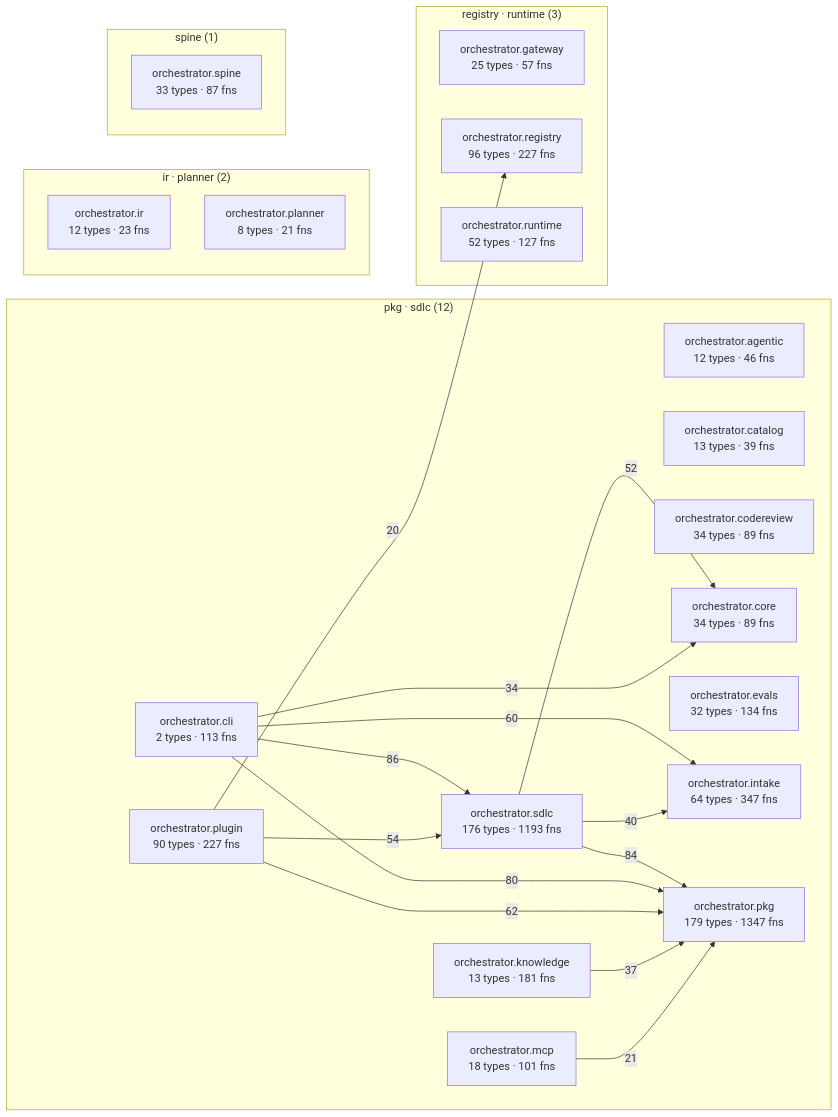
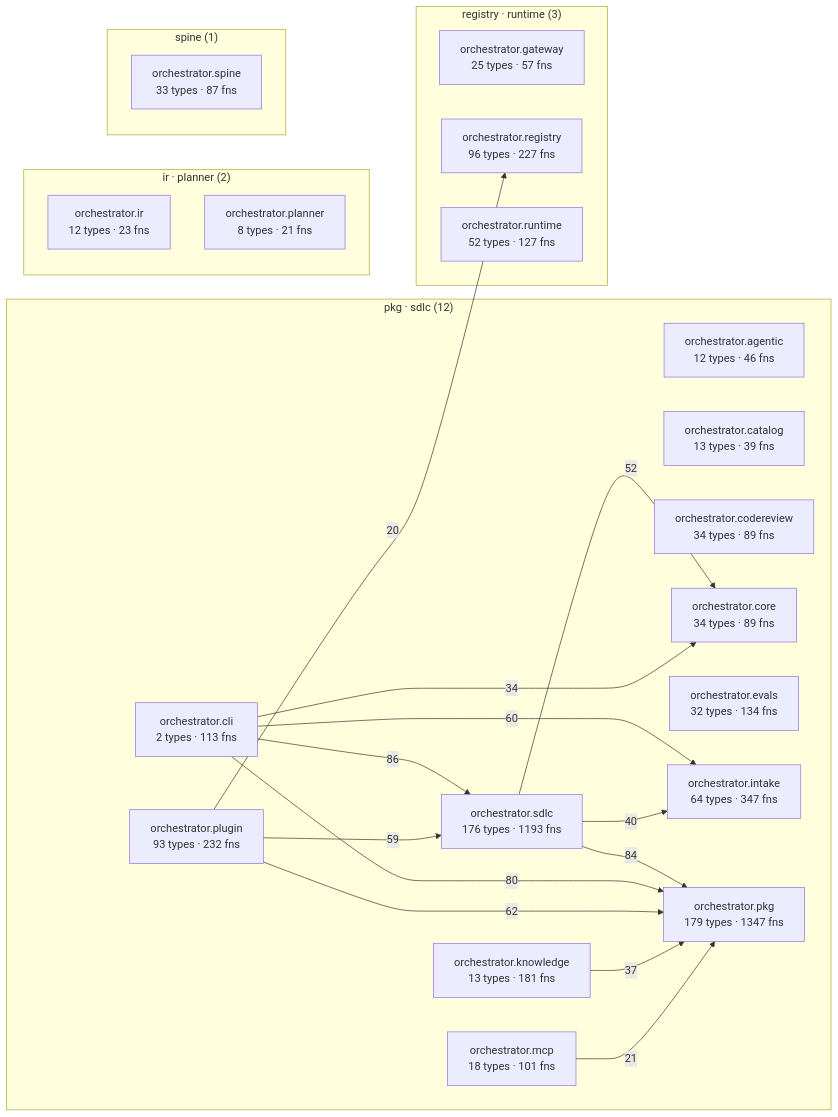
The diagram in episteme/architecture.md (synaptixs/spine), drawn with Mermaid before and after one commit. The commit also changed other lines of this file and 13 other files, not shown here.

````diff
--- a/episteme/architecture.md
+++ b/episteme/architecture.md
@@ -56,41 +56,41 @@
 ```mermaid
 flowchart LR
   subgraph c_2["pkg · sdlc (12)"]
     aorchestratoragentic["orchestrator.agentic<br/>12 types · 46 fns"]
     aorchestratorcatalog["orchestrator.catalog<br/>13 types · 39 fns"]
     aorchestratorcli["orchestrator.cli<br/>2 types · 113 fns"]
     aorchestratorcodereview["orchestrator.codereview<br/>34 types · 89 fns"]
     aorchestratorcore["orchestrator.core<br/>34 types · 89 fns"]
     aorchestratorevals["orchestrator.evals<br/>32 types · 134 fns"]
     aorchestratorintake["orchestrator.intake<br/>64 types · 347 fns"]
     aorchestratorknowledge["orchestrator.knowledge<br/>13 types · 181 fns"]
     aorchestratormcp["orchestrator.mcp<br/>18 types · 101 fns"]
     aorchestratorpkg["orchestrator.pkg<br/>179 types · 1347 fns"]
-    aorchestratorplugin["orchestrator.plugin<br/>90 types · 227 fns"]
+    aorchestratorplugin["orchestrator.plugin<br/>93 types · 232 fns"]
     aorchestratorsdlc["orchestrator.sdlc<br/>176 types · 1193 fns"]
   end
   subgraph c_5["registry · runtime (3)"]
     aorchestratorgateway["orchestrator.gateway<br/>25 types · 57 fns"]
     aorchestratorregistry["orchestrator.registry<br/>96 types · 227 fns"]
     aorchestratorruntime["orchestrator.runtime<br/>52 types · 127 fns"]
   end
   subgraph c_7["ir · planner (2)"]
     aorchestratorir["orchestrator.ir<br/>12 types · 23 fns"]
     aorchestratorplanner["orchestrator.planner<br/>8 types · 21 fns"]
   end
   subgraph c_12["spine (1)"]
     aorchestratorspine["orchestrator.spine<br/>33 types · 87 fns"]
   end
   aorchestratorcli -->|86| aorchestratorsdlc
   aorchestratorsdlc -->|84| aorchestratorpkg
   aorchestratorcli -->|80| aorchestratorpkg
   aorchestratorplugin -->|62| aorchestratorpkg
   aorchestratorcli -->|60| aorchestratorintake
-  aorchestratorplugin -->|54| aorchestratorsdlc
+  aorchestratorplugin -->|59| aorchestratorsdlc
   aorchestratorsdlc -->|52| aorchestratorcore
   aorchestratorsdlc -->|40| aorchestratorintake
   aorchestratorknowledge -->|37| aorchestratorpkg
   aorchestratorcli -->|34| aorchestratorcore
   aorchestratormcp -->|21| aorchestratorpkg
   aorchestratorplugin -->|20| aorchestratorregistry
 ```
````
